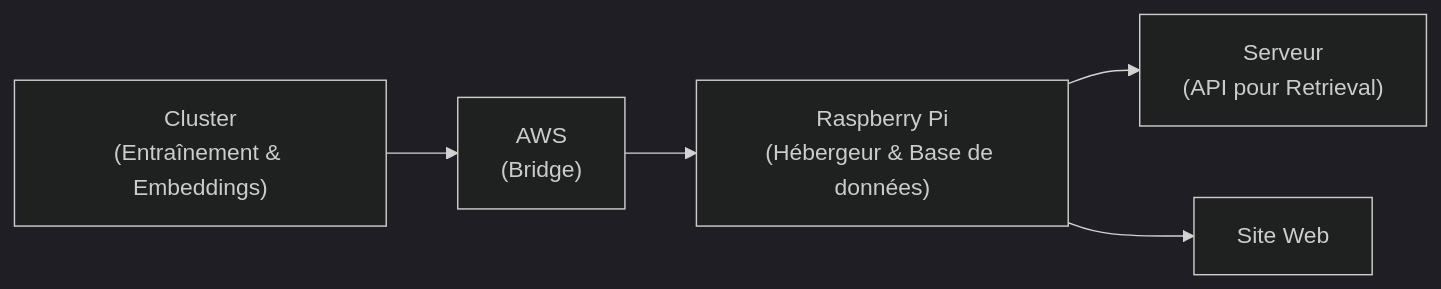
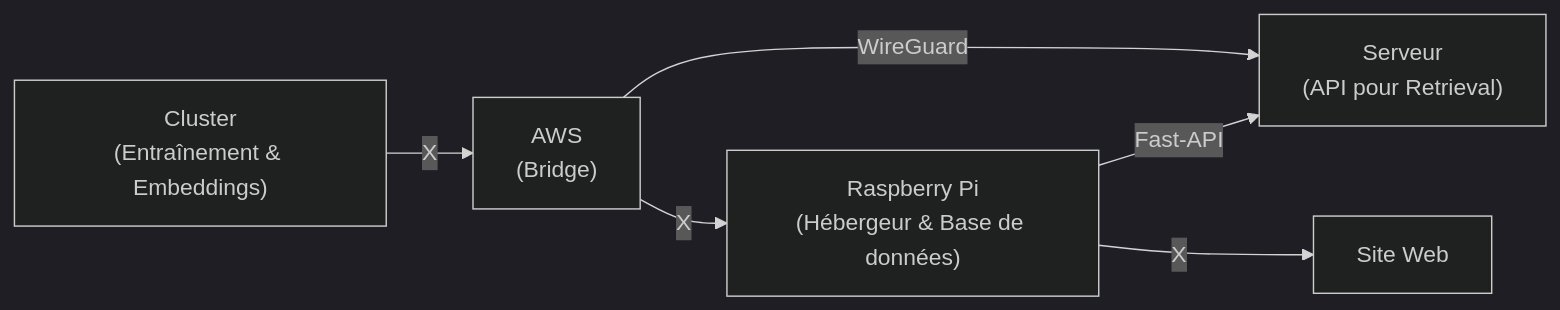
One commit to BigDataSmallBrain/document changed the diagram in resume.md. Above: the diagram before and after it, drawn with Mermaid (dark theme). The commit also changed other lines of this file, not shown here.

````diff
--- a/resume.md
+++ b/resume.md
@@ -24,13 +26,14 @@
 ```mermaid
 flowchart LR
     Cluster["Cluster<br/>(Entraînement & Embeddings)"]
     AWS["AWS<br/>(Bridge)"]
     RPI["Raspberry Pi<br/>(Hébergeur & Base de données)"]
     API["Serveur<br/>(API pour Retrieval)"]
     Web["Site Web"]
 
-    Cluster --> AWS
-    AWS --> RPI
-    RPI --> API
-    RPI --> Web
+    Cluster -->|X| AWS
+    AWS -->|X| RPI
+    RPI -->|Fast-API| API
+    RPI -->|X| Web
+    AWS -->|WireGuard| API
 ```
````
